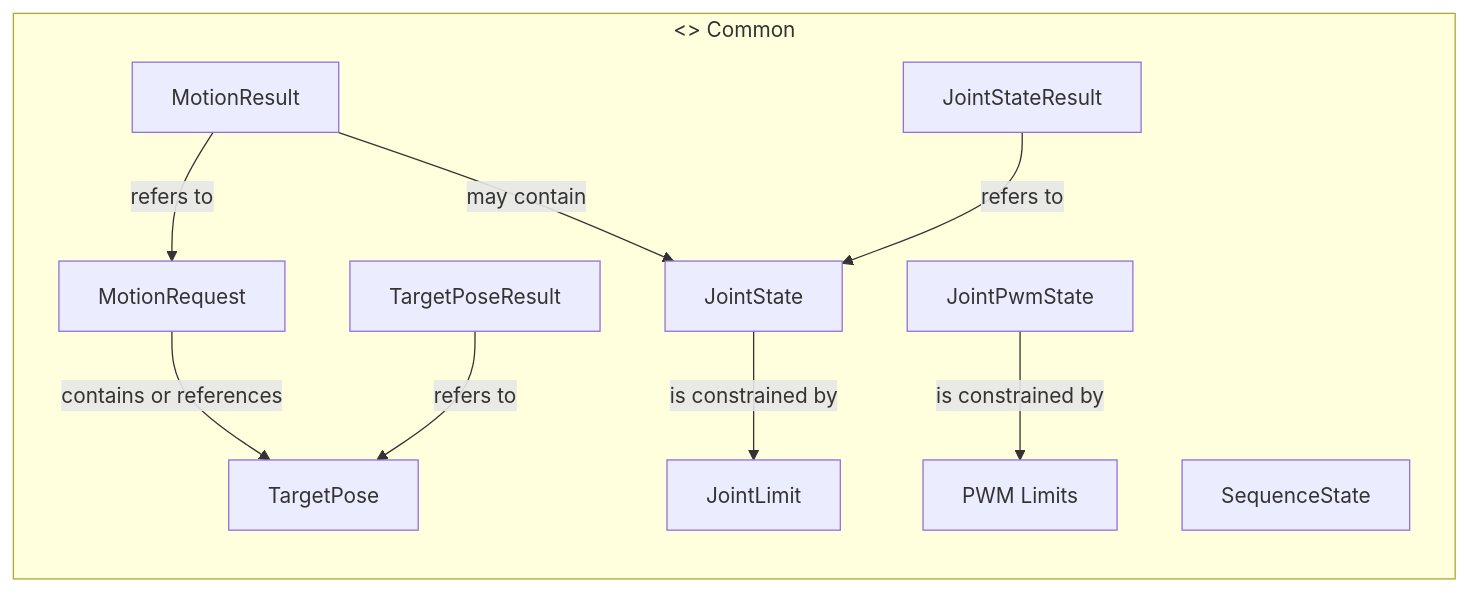
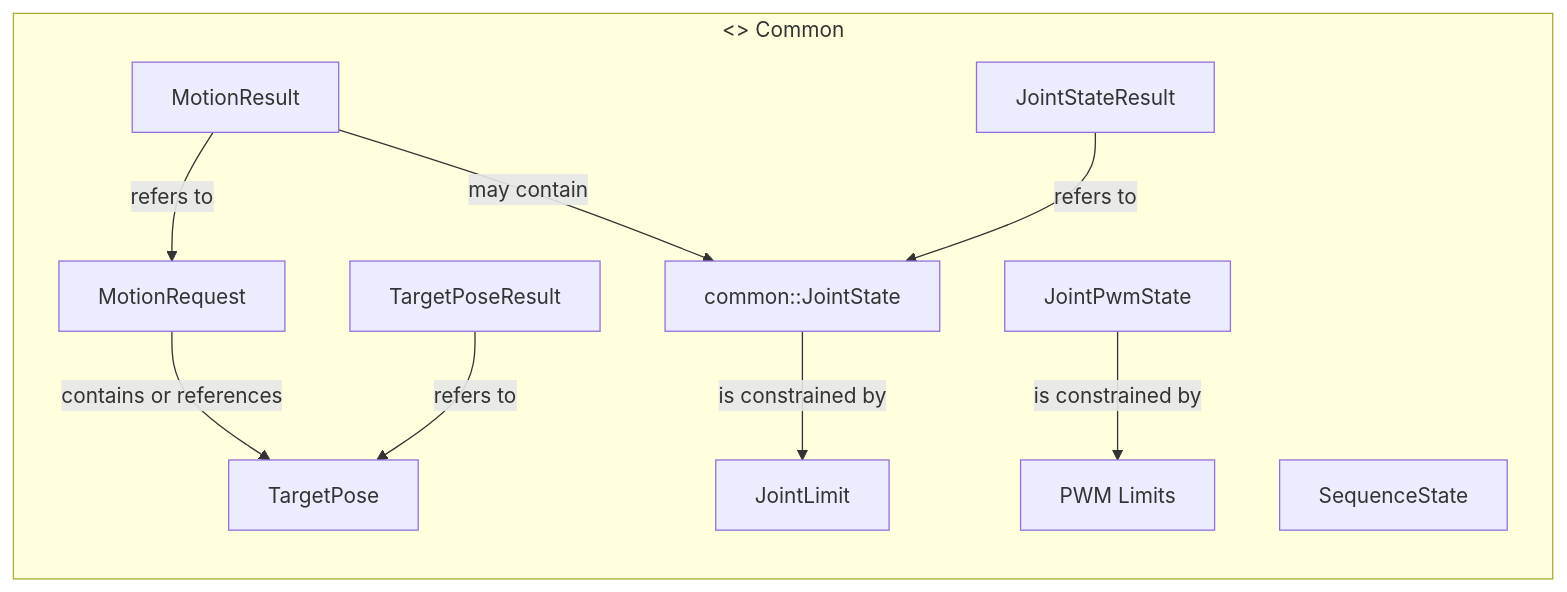
Before and after one commit to butz1999/inverse_kinematik: the sixth of 7 diagrams in doc/projektbeschreibung.md, drawn with Mermaid. The commit also changed other lines of this file and 6 other files, not shown here.

````diff
--- a/doc/projektbeschreibung.md
+++ b/doc/projektbeschreibung.md
@@ -559,23 +559,23 @@
 ```mermaid
 flowchart LR
     subgraph COM["<<component>> Common"]
         E1[TargetPose]
         E2[MotionRequest]
-        E3[JointState]
+        E3[common::JointState]
         E4[MotionResult]
         E5[SequenceState]
         E6[TargetPoseResult]
         E7[JointStateResult]
         E8[JointPwmState]
         E9[JointLimit]
         E10[PWM Limits]
 
         E2 -->|contains or references| E1
         E4 -->|refers to| E2
         E4 -->|may contain| E3
         E6 -->|refers to| E1
         E7 -->|refers to| E3
         E3 -->|is constrained by| E9
         E8 -->|is constrained by| E10
     end
 ```
````
